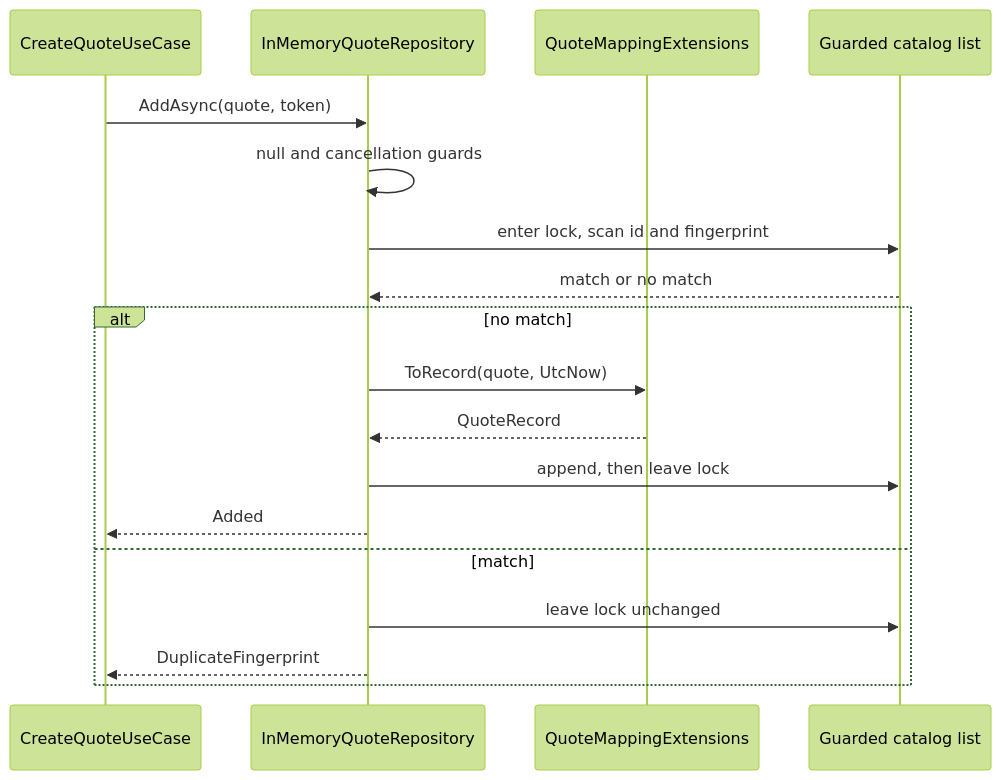
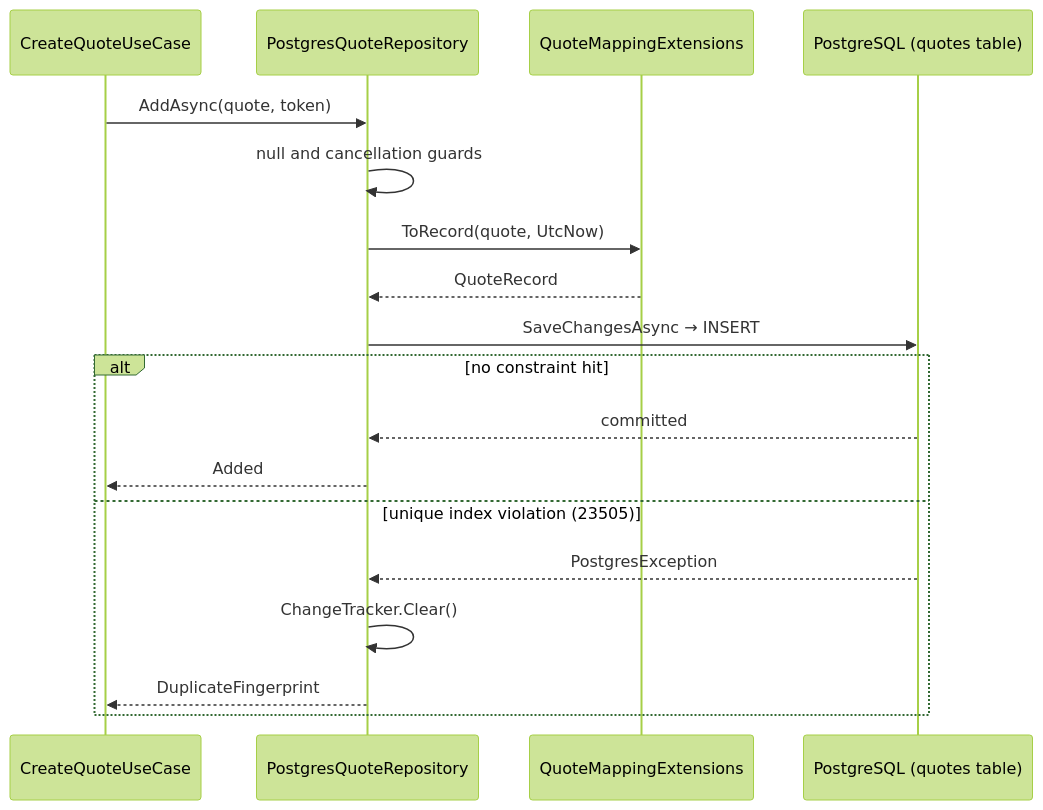
One commit to josnelihurt/code.examples.net.quotes changed the second of 2 diagrams in src/Quotes/Quotes.Infrastructure/README.md. Above: the diagram before and after it, drawn with Mermaid (forest theme). The commit also changed other lines of this file and 3 other files, not shown here.

First line of the commit message:
docs: update component READMEs for the PostgreSQL catalog

````diff
--- a/src/Quotes/Quotes.Infrastructure/README.md
+++ b/src/Quotes/Quotes.Infrastructure/README.md
@@ -202,20 +239,20 @@
 ```mermaid
 sequenceDiagram
     participant UC as CreateQuoteUseCase
-    participant Repo as InMemoryQuoteRepository
+    participant Repo as PostgresQuoteRepository
     participant Map as QuoteMappingExtensions
-    participant List as Guarded catalog list
+    participant DB as PostgreSQL (quotes table)
     UC->>Repo: AddAsync(quote, token)
     Repo->>Repo: null and cancellation guards
-    Repo->>List: enter lock, scan id and fingerprint
-    List-->>Repo: match or no match
-    alt no match
-        Repo->>Map: ToRecord(quote, UtcNow)
-        Map-->>Repo: QuoteRecord
-        Repo->>List: append, then leave lock
+    Repo->>Map: ToRecord(quote, UtcNow)
+    Map-->>Repo: QuoteRecord
+    Repo->>DB: SaveChangesAsync → INSERT
+    alt no constraint hit
+        DB-->>Repo: committed
         Repo-->>UC: Added
-    else match
-        Repo->>List: leave lock unchanged
+    else unique index violation (23505)
+        DB-->>Repo: PostgresException
+        Repo->>Repo: ChangeTracker.Clear()
         Repo-->>UC: DuplicateFingerprint
     end
 ```
````
